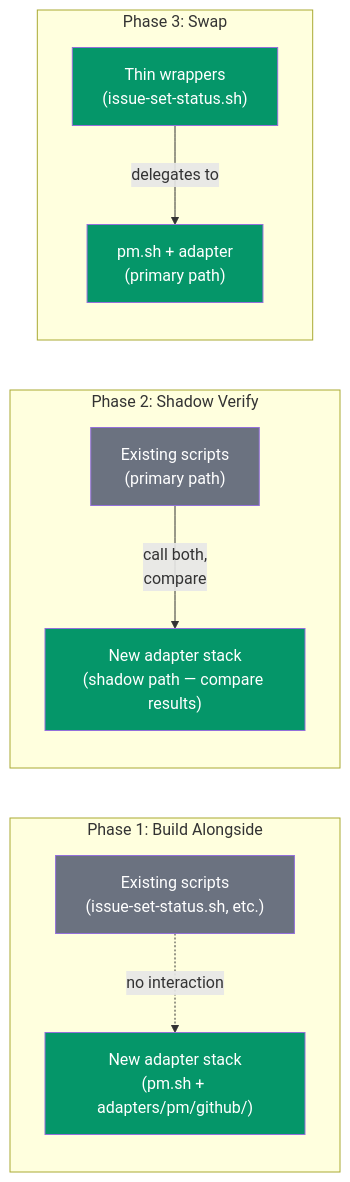
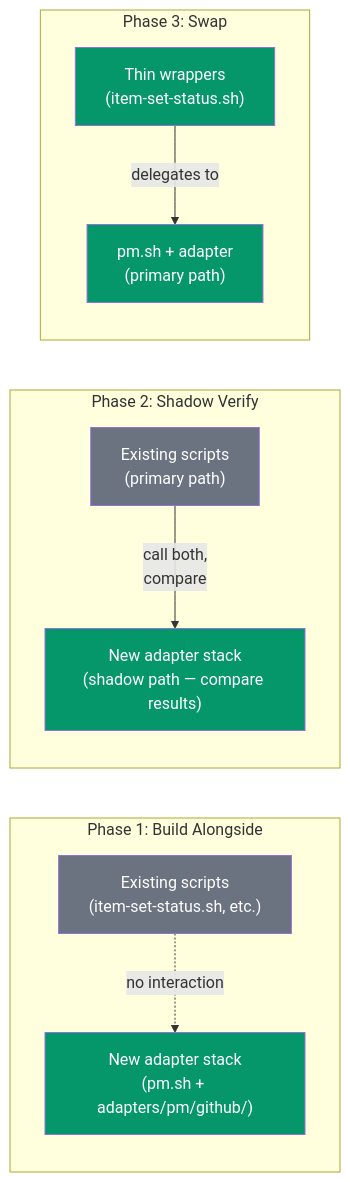
One commit to carlosboeing/agentic-sdlc-workflow changed the fourth of 4 diagrams in docs/2-design/2026-03-18-pm-abstraction-layer.md. Above: the diagram before and after it, drawn with Mermaid. The commit also changed other lines of this file and 154 other files, not shown here.

First line of the commit message:
Gantt Chart Readability: Story Code Regression and Work Timeline Mode (#255)

````diff
--- a/docs/2-design/2026-03-18-pm-abstraction-layer.md
+++ b/docs/2-design/2026-03-18-pm-abstraction-layer.md
@@ -464,28 +467,28 @@
 ```mermaid
 graph LR
     subgraph "Phase 1: Build Alongside"
-        OLD1["Existing scripts<br/>(issue-set-status.sh, etc.)"]
+        OLD1["Existing scripts<br/>(item-set-status.sh, etc.)"]
         NEW1["New adapter stack<br/>(pm.sh + adapters/pm/github/)"]
     end
 
     subgraph "Phase 2: Shadow Verify"
         OLD2["Existing scripts<br/>(primary path)"]
         NEW2["New adapter stack<br/>(shadow path — compare results)"]
     end
 
     subgraph "Phase 3: Swap"
-        WRAP["Thin wrappers<br/>(issue-set-status.sh)"]
+        WRAP["Thin wrappers<br/>(item-set-status.sh)"]
         FINAL["pm.sh + adapter<br/>(primary path)"]
     end
 
     OLD1 -.->|"no interaction"| NEW1
     OLD2 -->|"call both,<br/>compare"| NEW2
     WRAP -->|"delegates to"| FINAL
 
     style OLD1 fill:#6b7280,color:#fff
     style NEW1 fill:#059669,color:#fff
     style OLD2 fill:#6b7280,color:#fff
     style NEW2 fill:#059669,color:#fff
     style WRAP fill:#059669,color:#fff
     style FINAL fill:#059669,color:#fff
 ```
````
